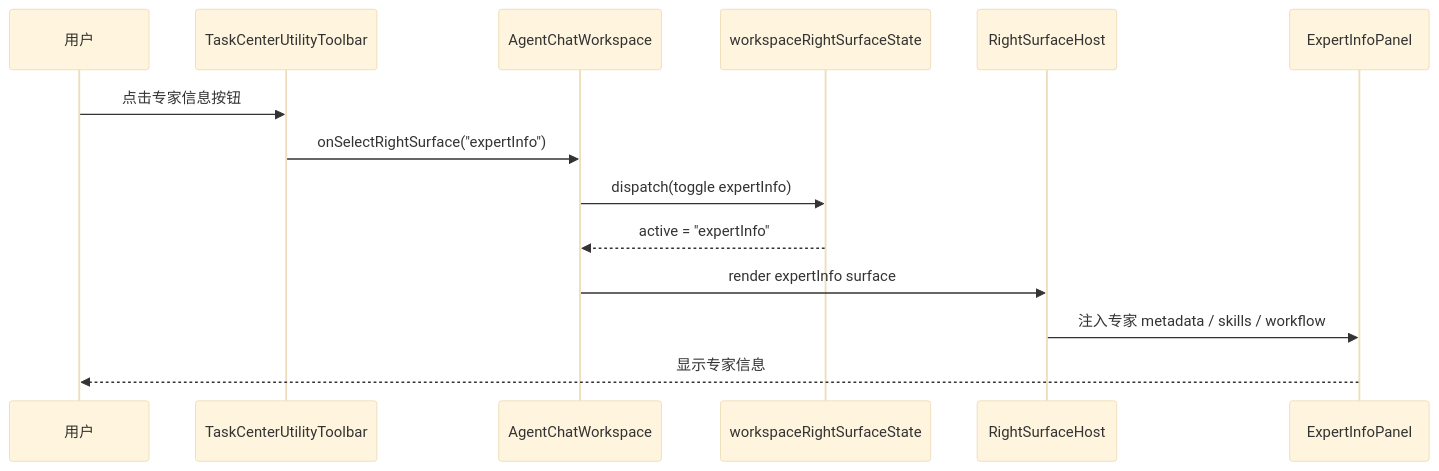
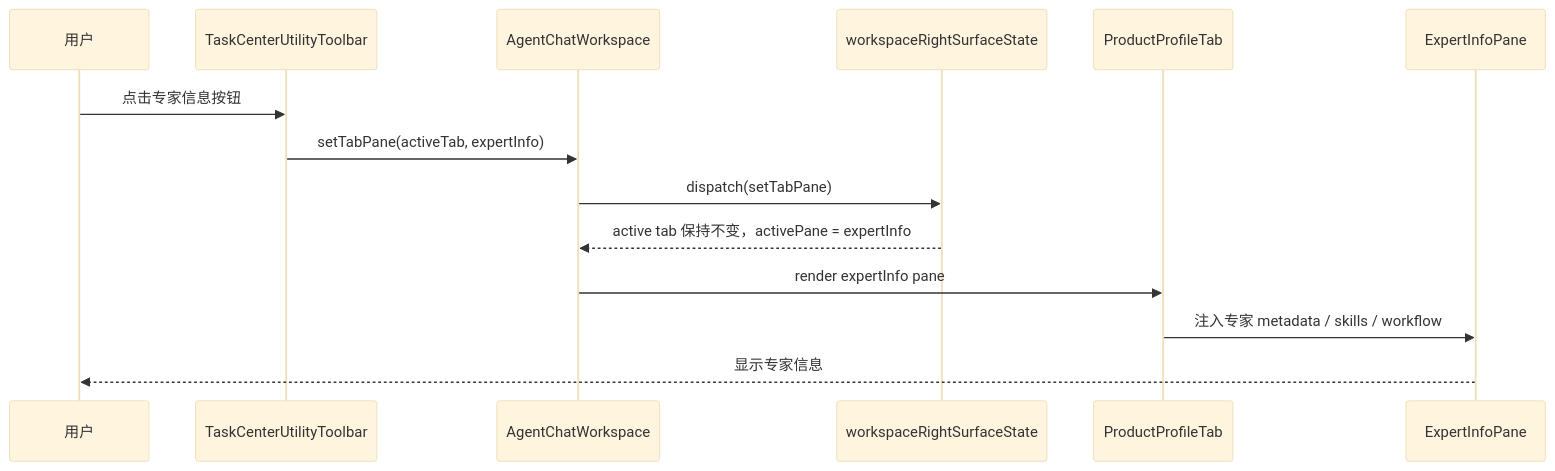
The fifth of 11 diagrams in internal/roadmap/rightsurface/README.md (jiujuan/lime), drawn with Mermaid (base theme) before and after one commit. The commit also changed other lines of this file and 377 other files, not shown here.

````diff
--- a/internal/roadmap/rightsurface/README.md
+++ b/internal/roadmap/rightsurface/README.md
@@ -315,17 +357,17 @@
 ```mermaid
 sequenceDiagram
   participant User as 用户
   participant Toolbar as TaskCenterUtilityToolbar
   participant Workspace as AgentChatWorkspace
   participant Reducer as workspaceRightSurfaceState
-  participant Host as RightSurfaceHost
-  participant Expert as ExpertInfoPanel
+  participant Product as ProductProfileTab
+  participant Expert as ExpertInfoPane
 
   User->>Toolbar: 点击专家信息按钮
-  Toolbar->>Workspace: onSelectRightSurface("expertInfo")
-  Workspace->>Reducer: dispatch(toggle expertInfo)
-  Reducer-->>Workspace: active = "expertInfo"
-  Workspace->>Host: render expertInfo surface
-  Host->>Expert: 注入专家 metadata / skills / workflow
+  Toolbar->>Workspace: setTabPane(activeTab, expertInfo)
+  Workspace->>Reducer: dispatch(setTabPane)
+  Reducer-->>Workspace: active tab 保持不变，activePane = expertInfo
+  Workspace->>Product: render expertInfo pane
+  Product->>Expert: 注入专家 metadata / skills / workflow
   Expert-->>User: 显示专家信息
 ```
````
